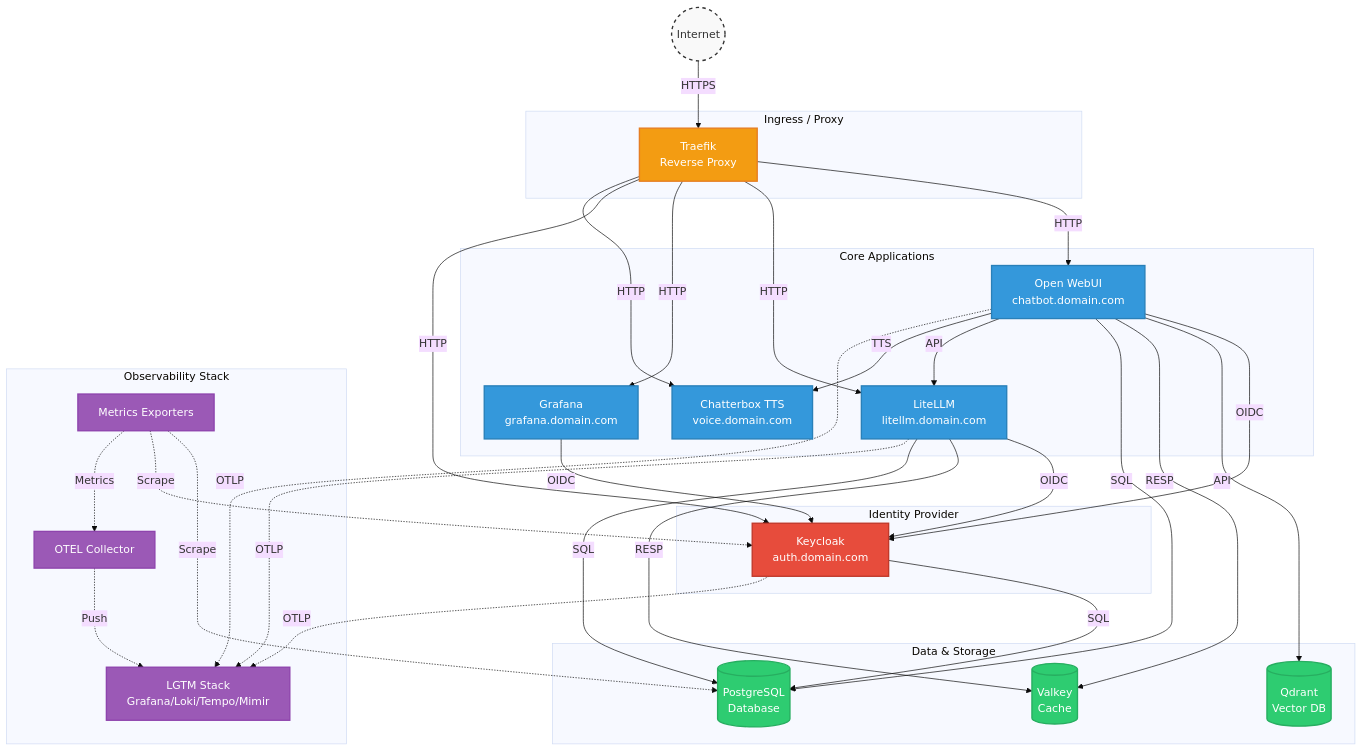
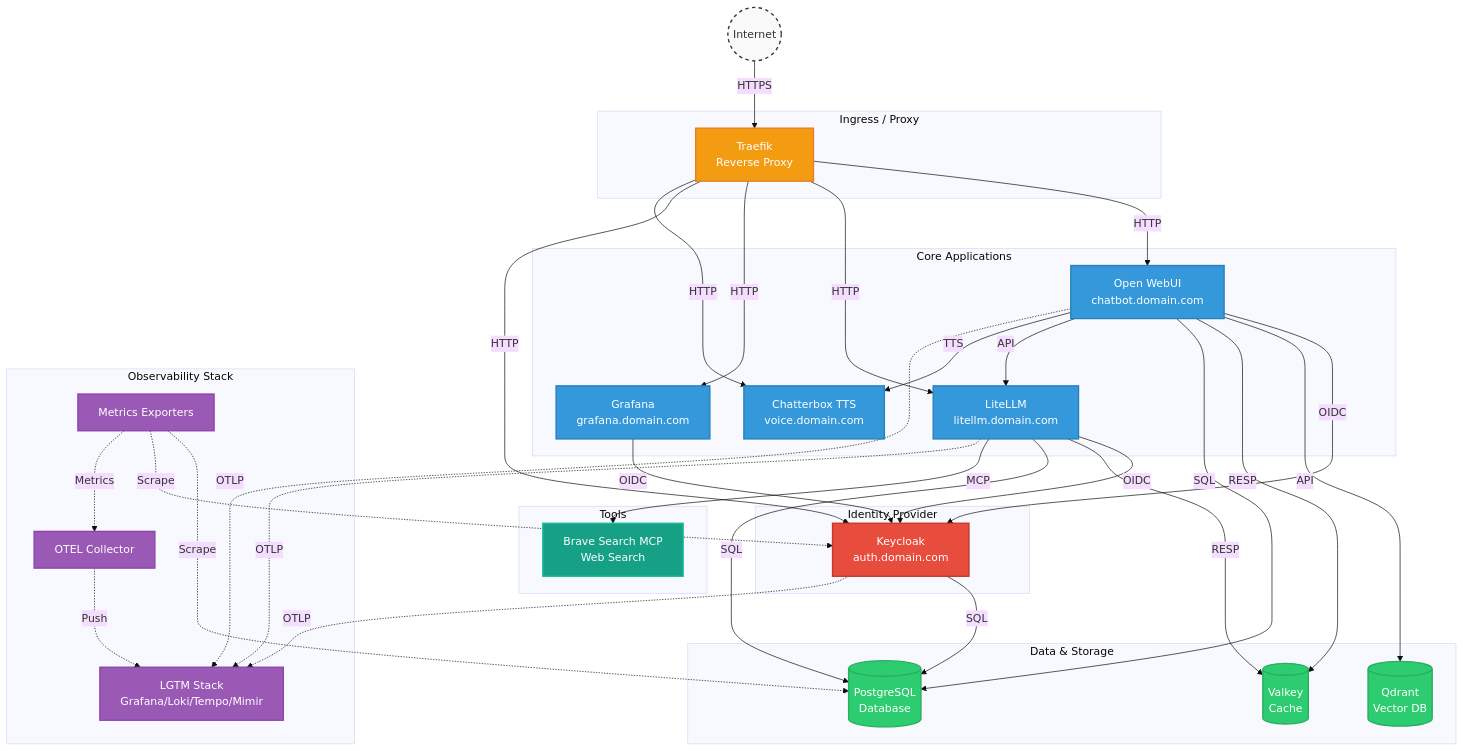
The diagram in README.md (krousenick/openwebui-stack), drawn with Mermaid (base theme) before and after one commit. The commit also changed other lines of this file and 37 other files, not shown here.

````diff
--- a/README.md
+++ b/README.md
@@ -7,75 +7,82 @@
 ```mermaid
 graph TB
     classDef internet fill:#f9f9f9,stroke:#333,stroke-width:2px,color:#333,stroke-dasharray: 5 5;
     classDef proxy fill:#f39c12,stroke:#e67e22,stroke-width:2px,color:#fff;
     classDef app fill:#3498db,stroke:#2980b9,stroke-width:2px,color:#fff;
     classDef db fill:#2ecc71,stroke:#27ae60,stroke-width:2px,color:#fff;
     classDef auth fill:#e74c3c,stroke:#c0392b,stroke-width:2px,color:#fff;
     classDef obs fill:#9b59b6,stroke:#8e44ad,stroke-width:2px,color:#fff;
+    classDef tools fill:#16a085,stroke:#1abc9c,stroke-width:2px,color:#fff;
 
     Internet((Internet)):::internet
 
     subgraph Ingress [Ingress / Proxy]
         Traefik[Traefik<br/>Reverse Proxy]:::proxy
     end
 
     subgraph Core [Core Applications]
         OpenWebUI[Open WebUI<br/>chatbot.domain.com]:::app
         LiteLLM[LiteLLM<br/>litellm.domain.com]:::app
         Grafana[Grafana<br/>grafana.domain.com]:::app
         Chatterbox[Chatterbox TTS<br/>voice.domain.com]:::app
     end
 
     subgraph Auth [Identity Provider]
         Keycloak[Keycloak<br/>auth.domain.com]:::auth
     end
 
     subgraph Data [Data & Storage]
         Qdrant[(Qdrant<br/>Vector DB)]:::db
         Valkey[(Valkey<br/>Cache)]:::db
         PostgreSQL[(PostgreSQL<br/>Database)]:::db
+    end
+
+    subgraph Tools [Tools]
+        BraveSearch[Brave Search MCP<br/>Web Search]:::tools
     end
 
     subgraph Observability [Observability Stack]
         LGTM[LGTM Stack<br/>Grafana/Loki/Tempo/Mimir]:::obs
         OTEL[OTEL Collector]:::obs
         Exporters[Metrics Exporters]:::obs
     end
     
     %% Traffic flow
     Internet -->|HTTPS| Traefik
     
     Traefik -->|HTTP| OpenWebUI
     Traefik -->|HTTP| LiteLLM
     Traefik -->|HTTP| Grafana
     Traefik -->|HTTP| Keycloak
     Traefik -->|HTTP| Chatterbox
     
     %% SSO flow
     OpenWebUI -->|OIDC| Keycloak
     LiteLLM -->|OIDC| Keycloak
     Grafana -->|OIDC| Keycloak
     
     OpenWebUI -->|API| Qdrant
     OpenWebUI -->|RESP| Valkey
     OpenWebUI -->|SQL| PostgreSQL
 
     OpenWebUI -->|API| LiteLLM
     OpenWebUI -->|TTS| Chatterbox
     
     LiteLLM -->|RESP| Valkey
     LiteLLM -->|SQL| PostgreSQL
-    
+
+    LiteLLM -->|MCP| BraveSearch
+
     Keycloak -->|SQL| PostgreSQL
     
     %% Exporters querying targets
     Exporters -.->|Scrape| PostgreSQL
     Exporters -.->|Scrape| Keycloak
     
     %% Telemetry flow (dashed)
     LiteLLM -.->|OTLP| LGTM
     OpenWebUI -.->|OTLP| LGTM
     Keycloak -.->|OTLP| LGTM
     Exporters -.->|Metrics| OTEL
     OTEL -.->|Push| LGTM
 ```
````
